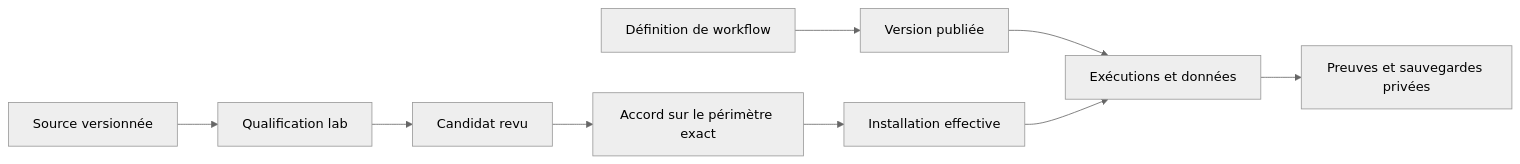
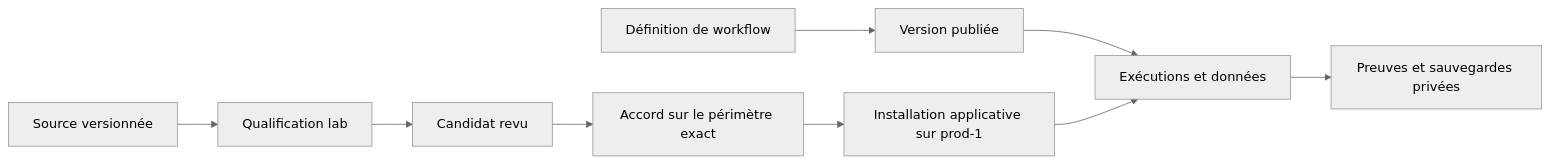
Before and after one commit to yanisAitlamine/repo-partage-humains: the fourth of 10 diagrams in documentation yanis/ARCHITECTURE.md, drawn with Mermaid (neutral theme). The commit also changed other lines of this file and 12 other files, not shown here.

````diff
--- a/documentation yanis/ARCHITECTURE.md
+++ b/documentation yanis/ARCHITECTURE.md
@@ -351,11 +362,11 @@
 ```mermaid
 flowchart LR
   Git["Source versionnée"] --> Lab["Qualification lab"]
   Lab --> Candidate["Candidat revu"]
   Candidate --> Approval["Accord sur le périmètre exact"]
-  Approval --> Installed["Installation effective"]
+  Approval --> Installed["Installation applicative sur prod-1"]
   Definition["Définition de workflow"] --> Published["Version publiée"]
   Published --> Runs["Exécutions et données"]
   Installed --> Runs
   Runs --> Evidence["Preuves et sauvegardes privées"]
 ```
````
